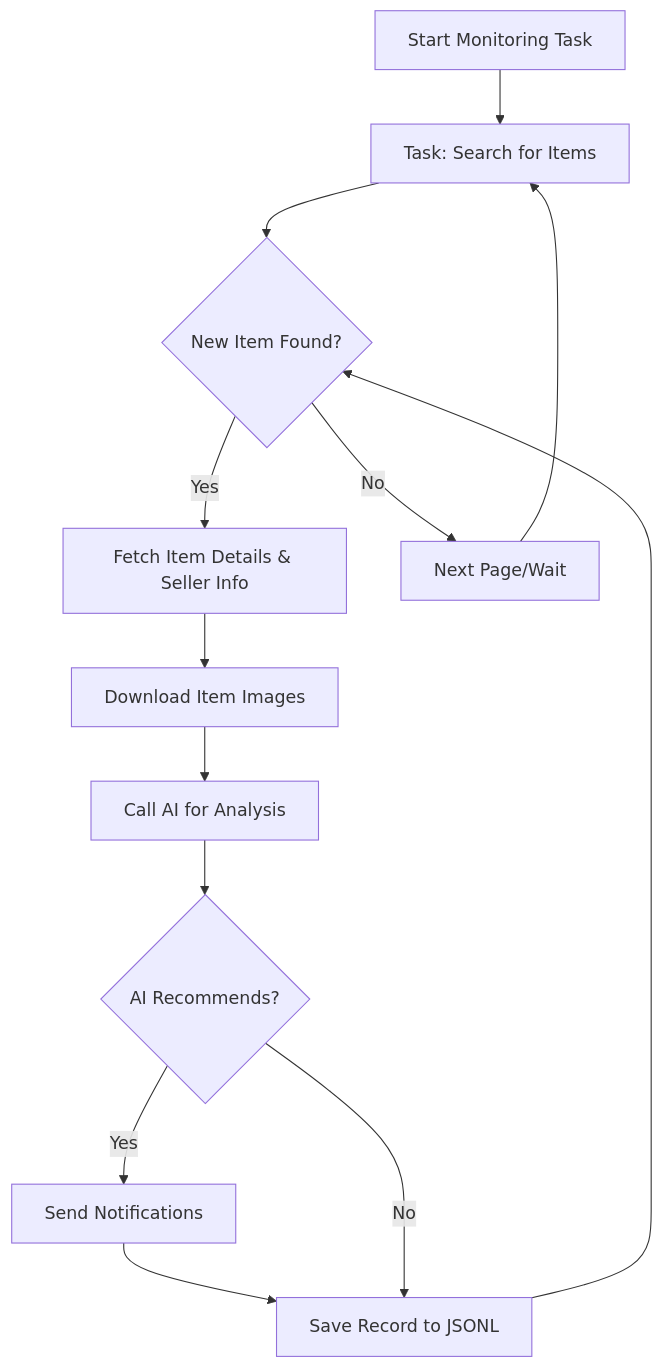
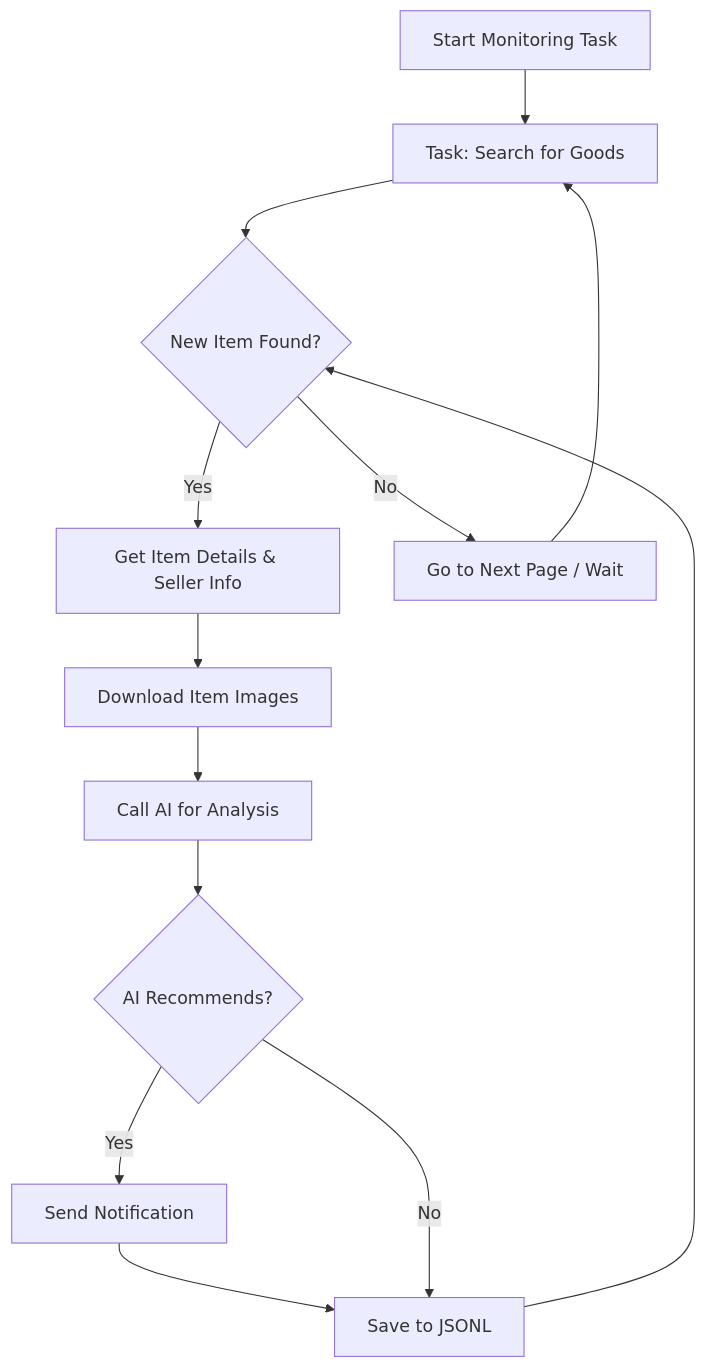
Before and after one commit to saurav-z/repo-docs: the diagram in docs/dingyufei615-ai-goofish-monitor.md, drawn with Mermaid. The commit also changed other lines of this file and 219 other files, not shown here.

````diff
--- a/docs/dingyufei615-ai-goofish-monitor.md
+++ b/docs/dingyufei615-ai-goofish-monitor.md
@@ -196,15 +181,15 @@
 ```mermaid
 graph TD
-    A[Start Monitoring Task] --> B[Task: Search for Items];
+    A[Start Monitoring Task] --> B[Task: Search for Goods];
     B --> C{New Item Found?};
-    C -- Yes --> D[Fetch Item Details & Seller Info];
+    C -- Yes --> D[Get Item Details & Seller Info];
     D --> E[Download Item Images];
     E --> F[Call AI for Analysis];
     F --> G{AI Recommends?};
-    G -- Yes --> H[Send Notifications];
-    H --> I[Save Record to JSONL];
+    G -- Yes --> H[Send Notification];
+    H --> I[Save to JSONL];
     G -- No --> I;
-    C -- No --> J[Next Page/Wait];
+    C -- No --> J[Go to Next Page / Wait];
     J --> B;
     I --> C;
 ```
````
